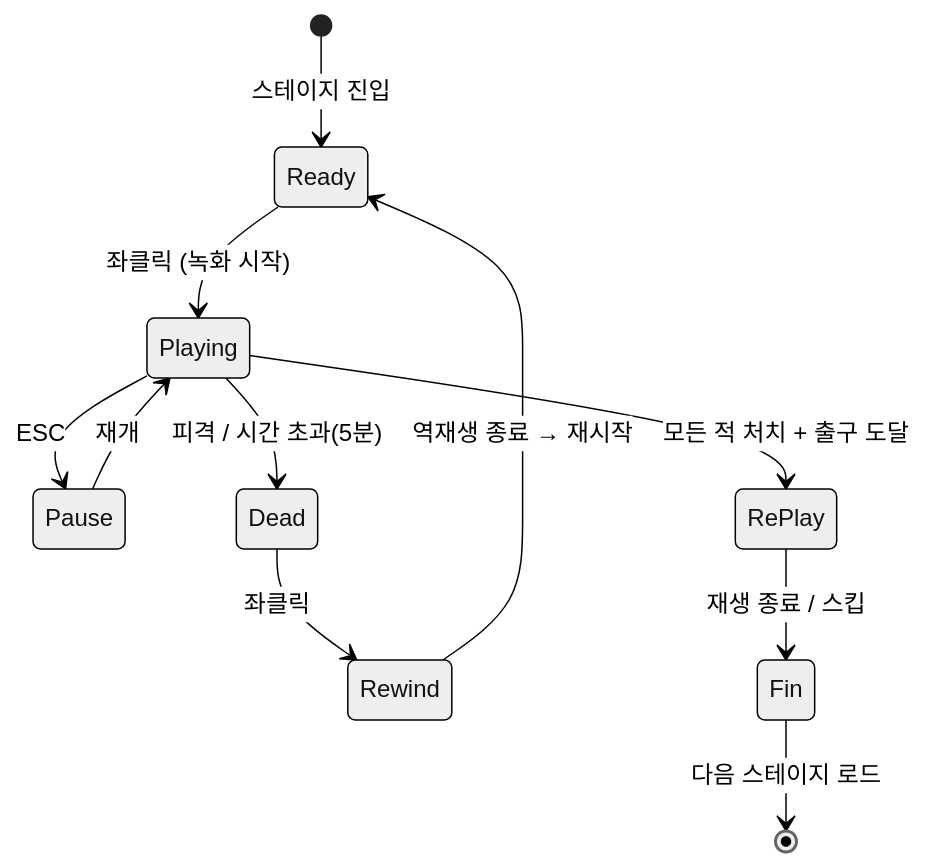
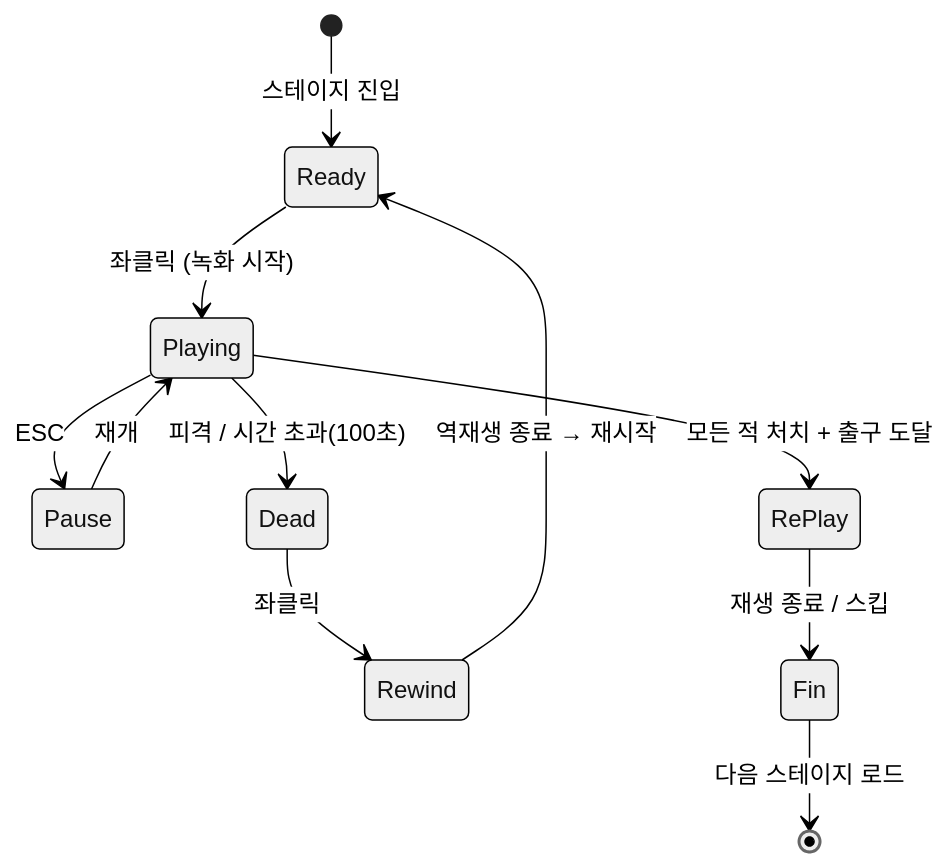
The second of 5 diagrams in src/02-katana-zero/기술문서.md (NaJungWon/portfolio), drawn with Mermaid (neutral theme) before and after one commit. The commit also changed other lines of this file, not shown here.

````diff
--- a/src/02-katana-zero/기술문서.md
+++ b/src/02-katana-zero/기술문서.md
@@ -112,13 +112,13 @@
 ```mermaid
 stateDiagram-v2
     [*] --> Ready: 스테이지 진입
     Ready --> Playing: 좌클릭 (녹화 시작)
     Playing --> Pause: ESC
     Pause --> Playing: 재개
-    Playing --> Dead: 피격 / 시간 초과(5분)
+    Playing --> Dead: 피격 / 시간 초과(100초)
     Dead --> Rewind: 좌클릭
     Rewind --> Ready: 역재생 종료 → 재시작
     Playing --> RePlay: 모든 적 처치 + 출구 도달
     RePlay --> Fin: 재생 종료 / 스킵
     Fin --> [*]: 다음 스테이지 로드
 ```
````
